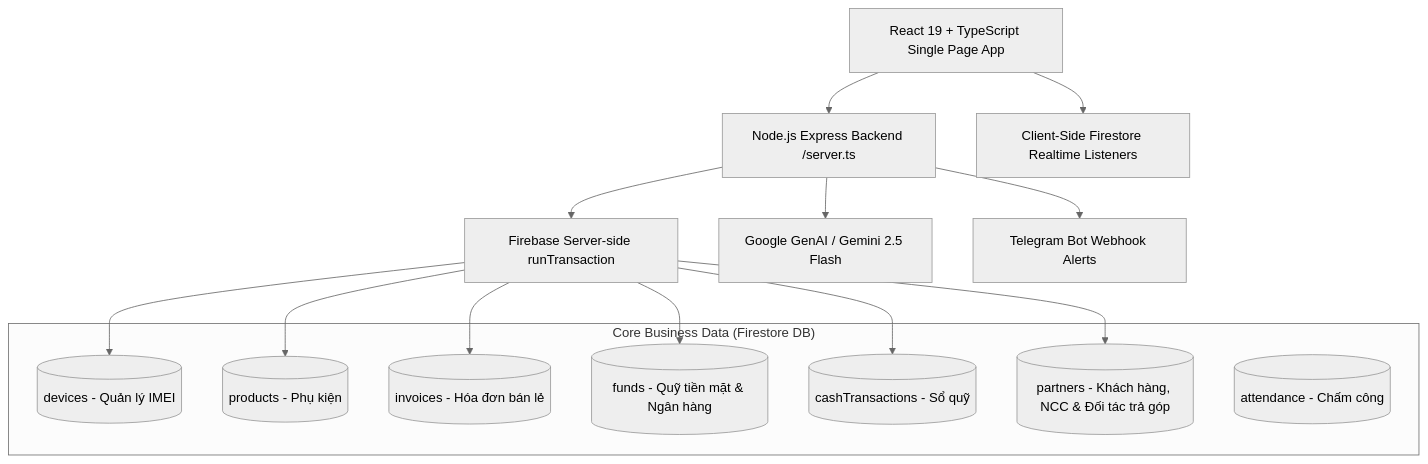
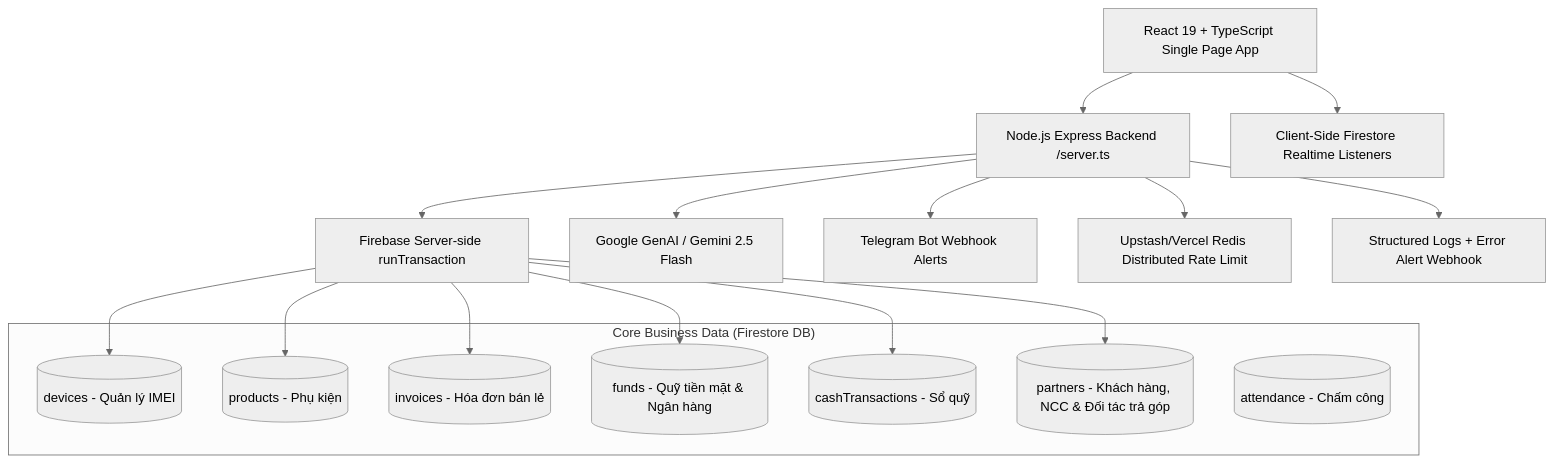
One commit to tanton1/Phonehousecrm changed the diagram in docs/architecture/current-state.md. Above: the diagram before and after it, drawn with Mermaid (neutral theme). The commit also changed other lines of this file and 34 other files, not shown here.

````diff
--- a/docs/architecture/current-state.md
+++ b/docs/architecture/current-state.md
@@ -10,25 +10,27 @@
 ```mermaid
 graph TD
     Client[React 19 + TypeScript Single Page App] --> API[Node.js Express Backend /server.ts]
     Client --> FS_Client[Client-Side Firestore Realtime Listeners]
     API --> FS_Admin[Firebase Server-side runTransaction]
     API --> Gemini[Google GenAI / Gemini 2.5 Flash]
     API --> Telegram[Telegram Bot Webhook Alerts]
+    API --> Redis[Upstash/Vercel Redis Distributed Rate Limit]
+    API --> Logs[Structured Logs + Error Alert Webhook]
     
     subgraph "Core Business Data (Firestore DB)"
         DEVICES[(devices - Quản lý IMEI)]
         PRODUCTS[(products - Phụ kiện)]
         INVOICES[(invoices - Hóa đơn bán lẻ)]
         FUNDS[(funds - Quỹ tiền mặt & Ngân hàng)]
         TRANSACTIONS[(cashTransactions - Sổ quỹ)]
         PARTNERS[(partners - Khách hàng, NCC & Đối tác trả góp)]
         ATTENDANCE[(attendance - Chấm công)]
     end
 
     FS_Admin --> DEVICES
     FS_Admin --> PRODUCTS
     FS_Admin --> INVOICES
     FS_Admin --> FUNDS
     FS_Admin --> TRANSACTIONS
     FS_Admin --> PARTNERS
 ```
````
